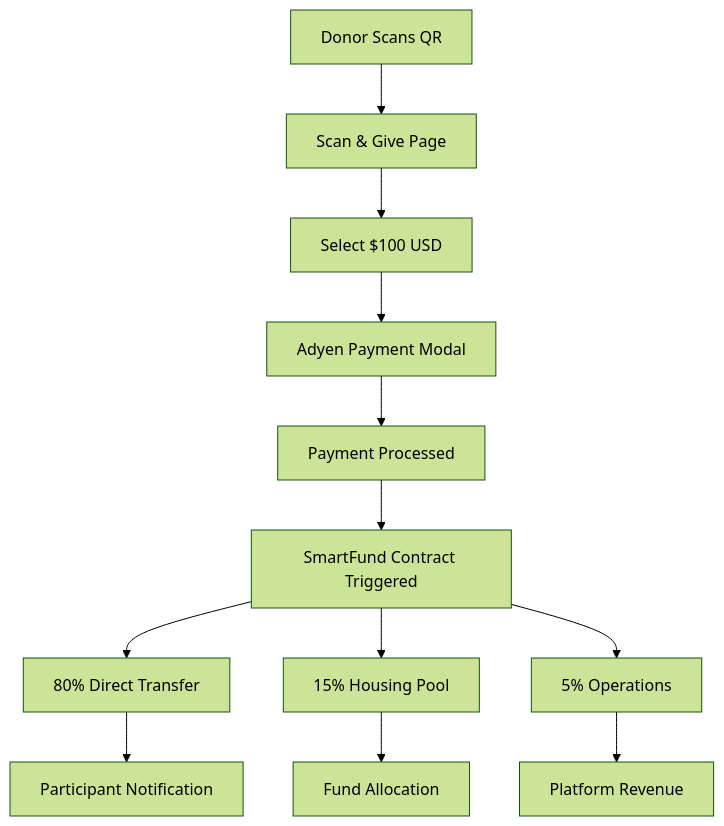
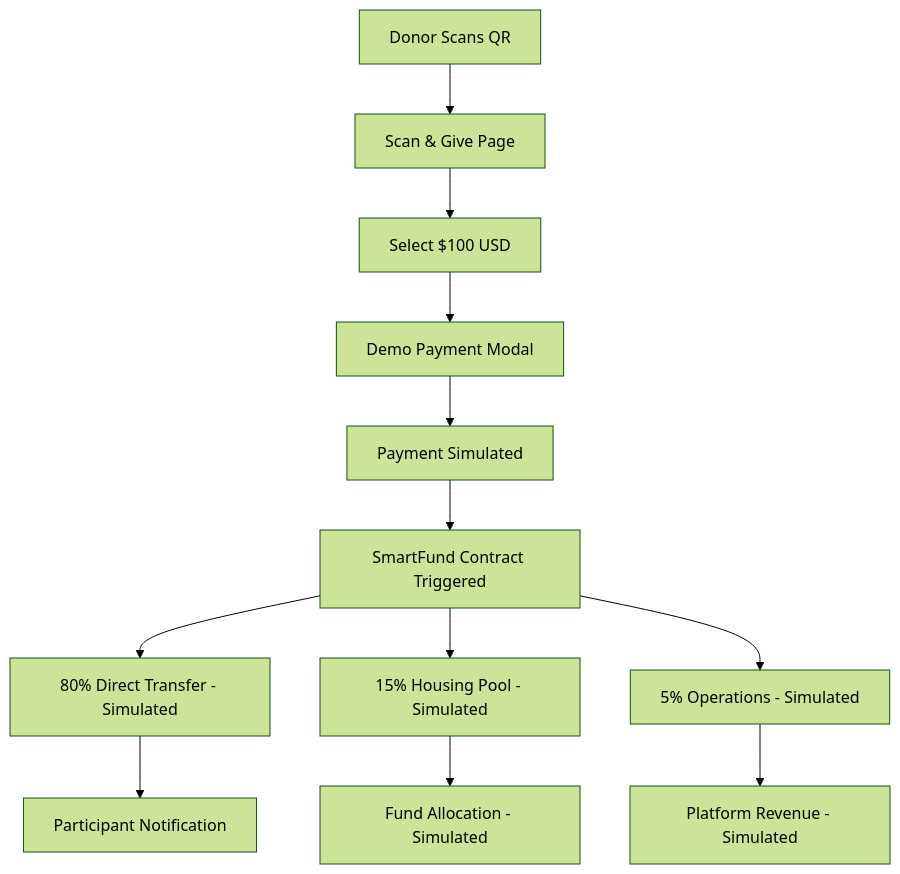
Before and after one commit to mrj0nesmtl/sheltr-ai: the diagram in docs/02-architecture/payment-rails/adyen-integration.md, drawn with Mermaid (forest theme). The commit also changed other lines of this file and 14 other files, not shown here.

````diff
--- a/docs/02-architecture/payment-rails/adyen-integration.md
+++ b/docs/02-architecture/payment-rails/adyen-integration.md
@@ -25,14 +42,14 @@
 ```mermaid
 graph TD
     A[Donor Scans QR] --> B[Scan & Give Page]
     B --> C[Select $100 USD]
-    C --> D[Adyen Payment Modal]
-    D --> E[Payment Processed]
+    C --> D[Demo Payment Modal]
+    D --> E[Payment Simulated]
     E --> F[SmartFund Contract Triggered]
-    F --> G[80% Direct Transfer]
-    F --> H[15% Housing Pool]
-    F --> I[5% Operations]
+    F --> G[80% Direct Transfer - Simulated]
+    F --> H[15% Housing Pool - Simulated]
+    F --> I[5% Operations - Simulated]
     G --> J[Participant Notification]
-    H --> K[Fund Allocation]
-    I --> L[Platform Revenue]
+    H --> K[Fund Allocation - Simulated]
+    I --> L[Platform Revenue - Simulated]
 ```
````
